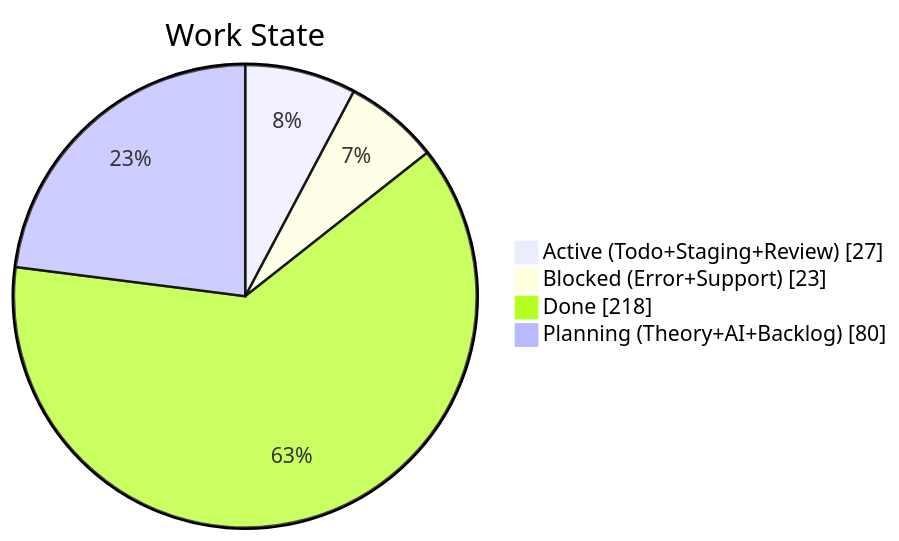
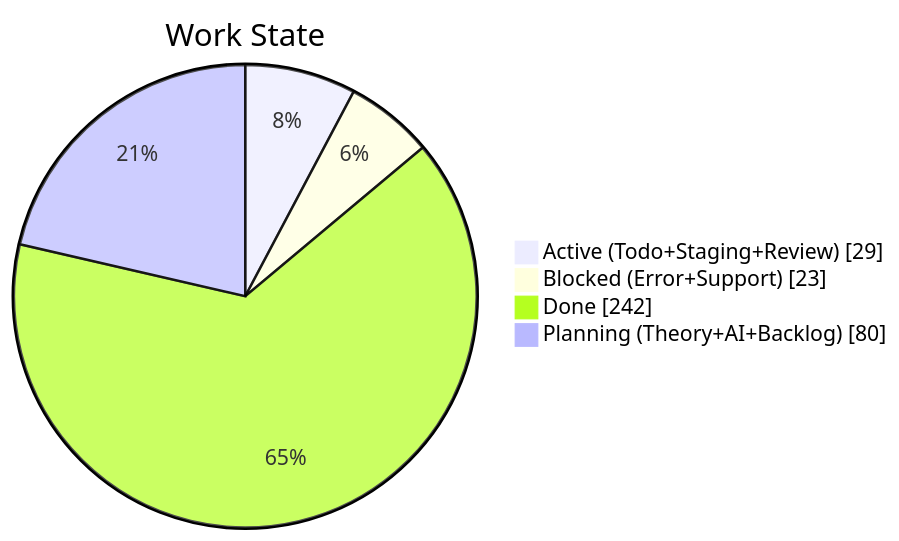
The second of 4 diagrams in apps/kbve/astro-kbve/src/content/docs/dashboard/kanban-data.mdx (KBVE/kbve), drawn with Mermaid before and after one commit. The commit also changed other lines of this file and 2 other files, not shown here.

````diff
--- a/apps/kbve/astro-kbve/src/content/docs/dashboard/kanban-data.mdx
+++ b/apps/kbve/astro-kbve/src/content/docs/dashboard/kanban-data.mdx
@@ -204,8 +204,8 @@
 ```mermaid
 pie showData
     title Work State
-    "Active (Todo+Staging+Review)" : 27
+    "Active (Todo+Staging+Review)" : 29
     "Blocked (Error+Support)" : 23
-    "Done" : 218
+    "Done" : 242
     "Planning (Theory+AI+Backlog)" : 80
 ```
````
